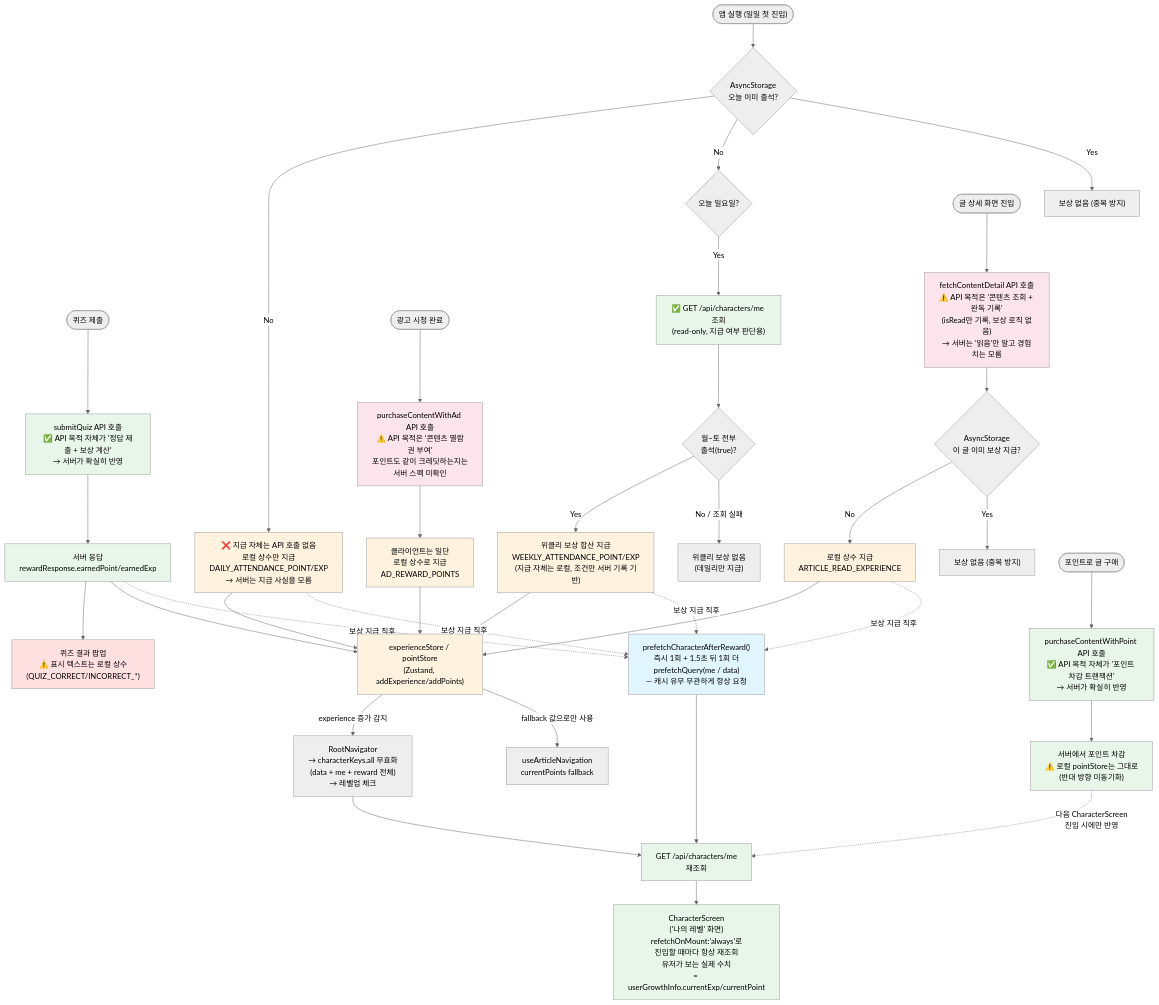
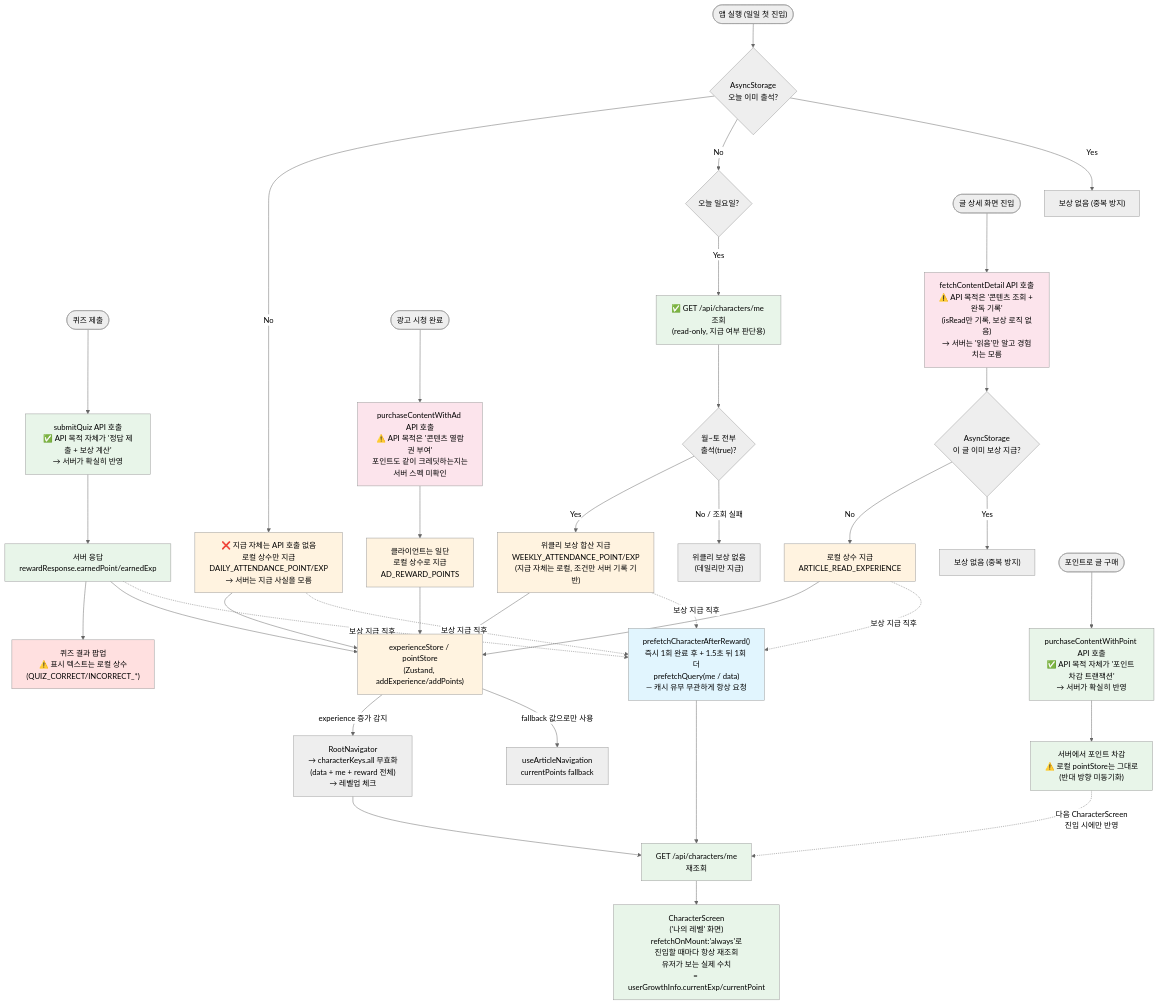
The tenth of 11 diagrams in docs/ARCHITECTURE.md (SWYP-app-3-10/neurous-client), drawn with Mermaid (neutral theme) before and after one commit. The commit also changed other lines of this file and 8 other files, not shown here.

First line of the commit message:
fix(difficulty): difficulty feedback suggestion flow (#126)

````diff
--- a/docs/ARCHITECTURE.md
+++ b/docs/ARCHITECTURE.md
@@ -433,67 +433,67 @@
 ```mermaid
 flowchart TD
     QuizSubmit(["퀴즈 제출"]) --> QuizAPI["submitQuiz API 호출<br/>✅ API 목적 자체가 '정답 제출 + 보상 계산'<br/>→ 서버가 확실히 반영"]
     QuizAPI --> QuizServerValue["서버 응답<br/>rewardResponse.earnedPoint/earnedExp"]
     QuizServerValue --> QuizPopup["퀴즈 결과 팝업<br/>⚠️ 표시 텍스트는 로컬 상수<br/>(QUIZ_CORRECT/INCORRECT_*)"]
 
     DailyEntry(["앱 실행 (일일 첫 진입)"]) --> DailyCheck{"AsyncStorage<br/>오늘 이미 출석?"}
     DailyCheck -- No --> DailyLocal["❌ 지급 자체는 API 호출 없음<br/>로컬 상수만 지급<br/>DAILY_ATTENDANCE_POINT/EXP<br/>→ 서버는 지급 사실을 모름"]
     DailyCheck -- No --> SundayCheck{"오늘 일요일?"}
     SundayCheck -- Yes --> AttendanceAPI["✅ GET /api/characters/me 조회<br/>(read-only, 지급 여부 판단용)"]
     AttendanceAPI --> WeekCompleteCheck{"월~토 전부<br/>출석(true)?"}
     WeekCompleteCheck -- Yes --> WeeklyLocal["위클리 보상 합산 지급<br/>WEEKLY_ATTENDANCE_POINT/EXP<br/>(지급 자체는 로컬, 조건만 서버 기록 기반)"]
     WeekCompleteCheck -- No / 조회 실패 --> WeeklySkip["위클리 보상 없음<br/>(데일리만 지급)"]
     DailyCheck -- Yes --> DailySkip["보상 없음 (중복 방지)"]
 
     AdWatch(["광고 시청 완료"]) --> AdAPI["purchaseContentWithAd API 호출<br/>⚠️ API 목적은 '콘텐츠 열람권 부여'<br/>포인트도 같이 크레딧하는지는<br/>서버 스펙 미확인"]
     AdAPI --> AdLocal["클라이언트는 일단<br/>로컬 상수로 지급<br/>AD_REWARD_POINTS"]
 
     ArticleEnter(["글 상세 화면 진입"]) --> ContentAPI["fetchContentDetail API 호출<br/>⚠️ API 목적은 '콘텐츠 조회 + 완독 기록'<br/>(isRead만 기록, 보상 로직 없음)<br/>→ 서버는 '읽음'만 알고 경험치는 모름"]
     ContentAPI --> ArticleDedup{"AsyncStorage<br/>이 글 이미 보상 지급?"}
     ArticleDedup -- No --> ArticleLocal["로컬 상수 지급<br/>ARTICLE_READ_EXPERIENCE"]
     ArticleDedup -- Yes --> ArticleSkip["보상 없음 (중복 방지)"]
 
     PointPurchase(["포인트로 글 구매"]) --> PurchaseAPI["purchaseContentWithPoint API 호출<br/>✅ API 목적 자체가 '포인트 차감 트랜잭션'<br/>→ 서버가 확실히 반영"]
     PurchaseAPI --> PurchaseServer["서버에서 포인트 차감<br/>⚠️ 로컬 pointStore는 그대로<br/>(반대 방향 미동기화)"]
 
     QuizServerValue --> LocalStore
     DailyLocal --> LocalStore
     WeeklyLocal --> LocalStore
     AdLocal --> LocalStore
     ArticleLocal --> LocalStore
 
     LocalStore["experienceStore / pointStore<br/>(Zustand, addExperience/addPoints)"]
 
     LocalStore -->|"experience 증가 감지"| RootNav["RootNavigator<br/>→ characterKeys.all 무효화<br/>(data + me + reward 전체)<br/>→ 레벨업 체크"]
     LocalStore -->|"fallback 값으로만 사용"| ArticleNavFallback["useArticleNavigation<br/>currentPoints fallback"]
 
     QuizServerValue -.->|"보상 지급 직후"| Prefetch
     DailyLocal -.->|"보상 지급 직후"| Prefetch
     WeeklyLocal -.->|"보상 지급 직후"| Prefetch
     ArticleLocal -.->|"보상 지급 직후"| Prefetch
 
-    Prefetch["prefetchCharacterAfterReward()<br/>즉시 1회 + 1.5초 뒤 1회 더<br/>prefetchQuery(me / data)<br/>— 캐시 유무 무관하게 항상 요청"]
+    Prefetch["prefetchCharacterAfterReward()<br/>즉시 1회 완료 후 + 1.5초 뒤 1회 더<br/>prefetchQuery(me / data)<br/>— 캐시 유무 무관하게 항상 요청"]
 
     RootNav --> ServerRefetch["GET /api/characters/me<br/>재조회"]
     Prefetch --> ServerRefetch
     PurchaseServer -.->|"다음 CharacterScreen<br/>진입 시에만 반영"| ServerRefetch
 
     ServerRefetch --> CharacterScreen["CharacterScreen<br/>('나의 레벨' 화면)<br/>refetchOnMount:'always'로<br/>진입할 때마다 항상 재조회<br/>유저가 보는 실제 수치<br/>= userGrowthInfo.currentExp/currentPoint"]
 
     style QuizAPI fill:#e8f5e9
     style QuizServerValue fill:#e8f5e9
     style PurchaseAPI fill:#e8f5e9
     style PurchaseServer fill:#e8f5e9
     style ServerRefetch fill:#e8f5e9
     style CharacterScreen fill:#e8f5e9
     style AttendanceAPI fill:#e8f5e9
     style DailyLocal fill:#fff3e0
     style WeeklyLocal fill:#fff3e0
     style AdLocal fill:#fff3e0
     style ArticleLocal fill:#fff3e0
     style LocalStore fill:#fff3e0
     style AdAPI fill:#fce4ec
     style ContentAPI fill:#fce4ec
     style QuizPopup fill:#ffe0e0
     style Prefetch fill:#e1f5fe
 ```
````
